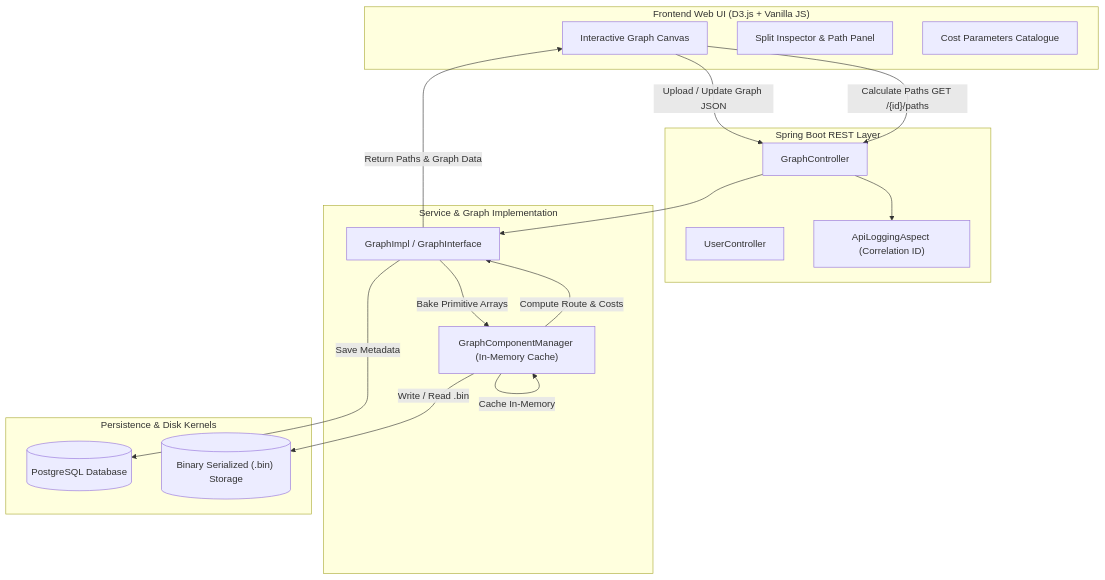
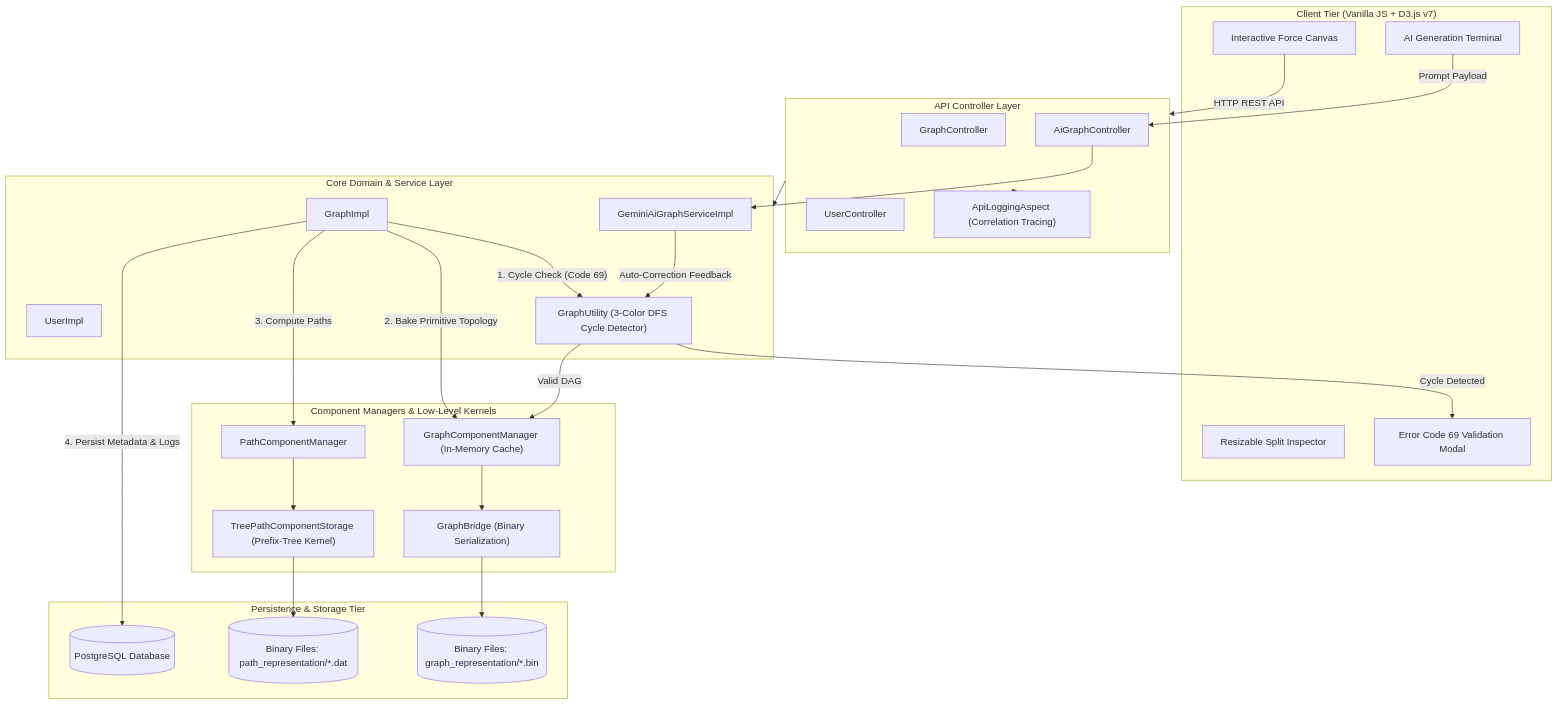
Before and after one commit to adityakumar565/Project-Nexus: the diagram in README.md, drawn with Mermaid. The commit also changed other lines of this file and 1 other file, not shown here.

Commit message:
docs: complete high-signal README with architecture, AI engine, and cycle detection

````diff
--- a/README.md
+++ b/README.md
@@ -62,35 +65,58 @@
 ```mermaid
 flowchart TD
-    subgraph Frontend["Frontend Web UI (D3.js + Vanilla JS)"]
-        UI["Interactive Graph Canvas"]
-        Inspect["Split Inspector & Path Panel"]
-        CostCat["Cost Parameters Catalogue"]
+    subgraph Client["Client Tier (Vanilla JS + D3.js v7)"]
+        UI["Interactive Force Canvas"]
+        Insp["Resizable Split Inspector"]
+        ValModal["Error Code 69 Validation Modal"]
+        AITerm["AI Generation Terminal"]
     end
 
-    subgraph Controller["Spring Boot REST Layer"]
+    subgraph ControllerLayer["API Controller Layer"]
         GC["GraphController"]
         UC["UserController"]
-        Aspect["ApiLoggingAspect (Correlation ID)"]
+        AIC["AiGraphController"]
+        LogAspect["ApiLoggingAspect (Correlation Tracing)"]
     end
 
-    subgraph ServiceLayer["Service & Graph Implementation"]
-        GI["GraphImpl / GraphInterface"]
-        GCM["GraphComponentManager (In-Memory Cache)"]
+    subgraph ServiceLayer["Core Domain & Service Layer"]
+        GI["GraphImpl"]
+        UI_Service["UserImpl"]
+        AIService["GeminiAiGraphServiceImpl"]
+        GUtil["GraphUtility (3-Color DFS Cycle Detector)"]
     end
 
-    subgraph StorageLayer["Persistence & Disk Kernels"]
-        PG[("PostgreSQL Database")]
-        BIN[("Binary Serialized (.bin) Storage")]
+    subgraph EngineKernels["Component Managers & Low-Level Kernels"]
+        GCM["GraphComponentManager (In-Memory Cache)"]
+        GBridge["GraphBridge (Binary Serialization)"]
+        PCM["PathComponentManager"]
+        TreeStorage["TreePathComponentStorage (Prefix-Tree Kernel)"]
     end
 
-    UI -->|"Upload / Update Graph JSON"| GC
-    UI -->|"Calculate Paths GET /{id}/paths"| GC
-    GC --> Aspect
-    GC --> GI
-    GI -->|"Save Metadata"| PG
-    GI -->|"Bake Primitive Arrays"| GCM
-    GCM -->|"Write / Read .bin"| BIN
-    GCM -->|"Cache In-Memory"| GCM
-    GCM -->|"Compute Route & Costs"| GI
-    GI -->|"Return Paths & Graph Data"| UI
+    subgraph Persistence["Persistence & Storage Tier"]
+        DB[("PostgreSQL Database")]
+        DiskStorage[("Binary Files: graph_representation/*.bin")]
+        PathStorage[("Binary Files: path_representation/*.dat")]
+    end
+
+    UI -->|"HTTP REST API"| ControllerLayer
+    AITerm -->|"Prompt Payload"| AIC
+    AIC --> AIService
+    AIService -->|"Auto-Correction Feedback"| GUtil
+    
+    ControllerLayer --> LogAspect
+    ControllerLayer --> ServiceLayer
+    
+    GI -->|"1. Cycle Check (Code 69)"| GUtil
+    GUtil -- "Cycle Detected" --> ValModal
+    GUtil -- "Valid DAG" --> GCM
+    
+    GI -->|"2. Bake Primitive Topology"| GCM
+    GCM --> GBridge
+    GBridge --> DiskStorage
+    
+    GI -->|"3. Compute Paths"| PCM
+    PCM --> TreeStorage
+    TreeStorage --> PathStorage
+    
+    GI -->|"4. Persist Metadata & Logs"| DB
 ```
````
